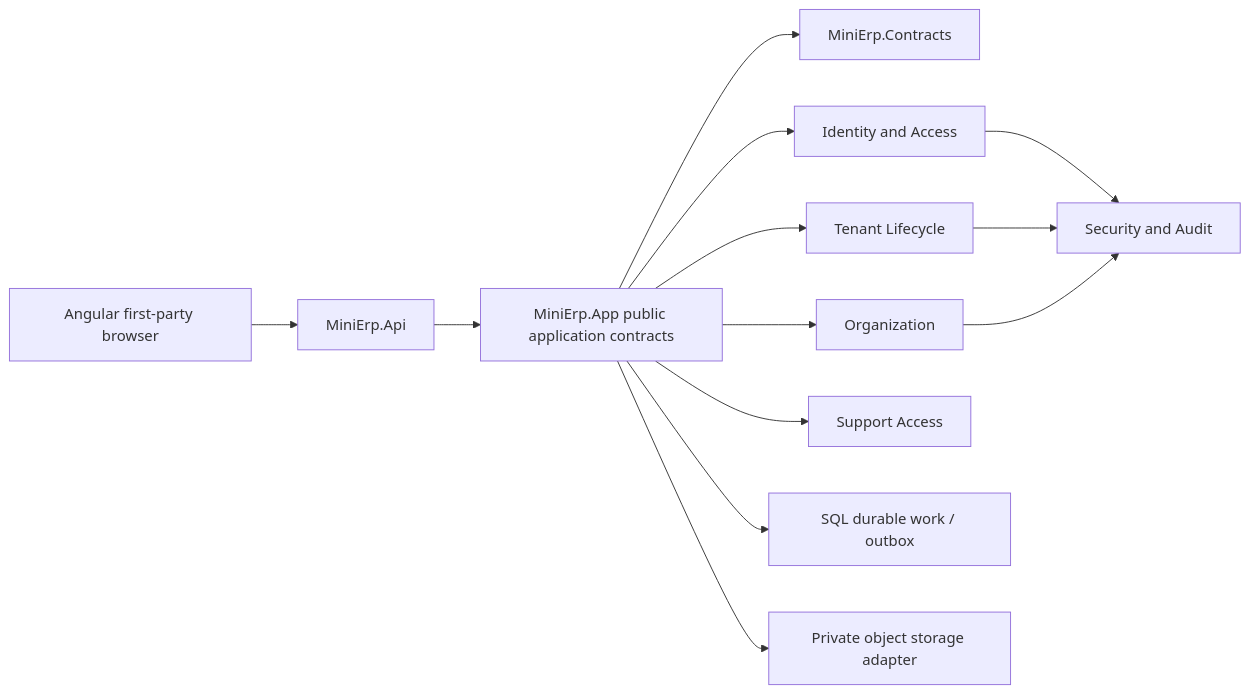
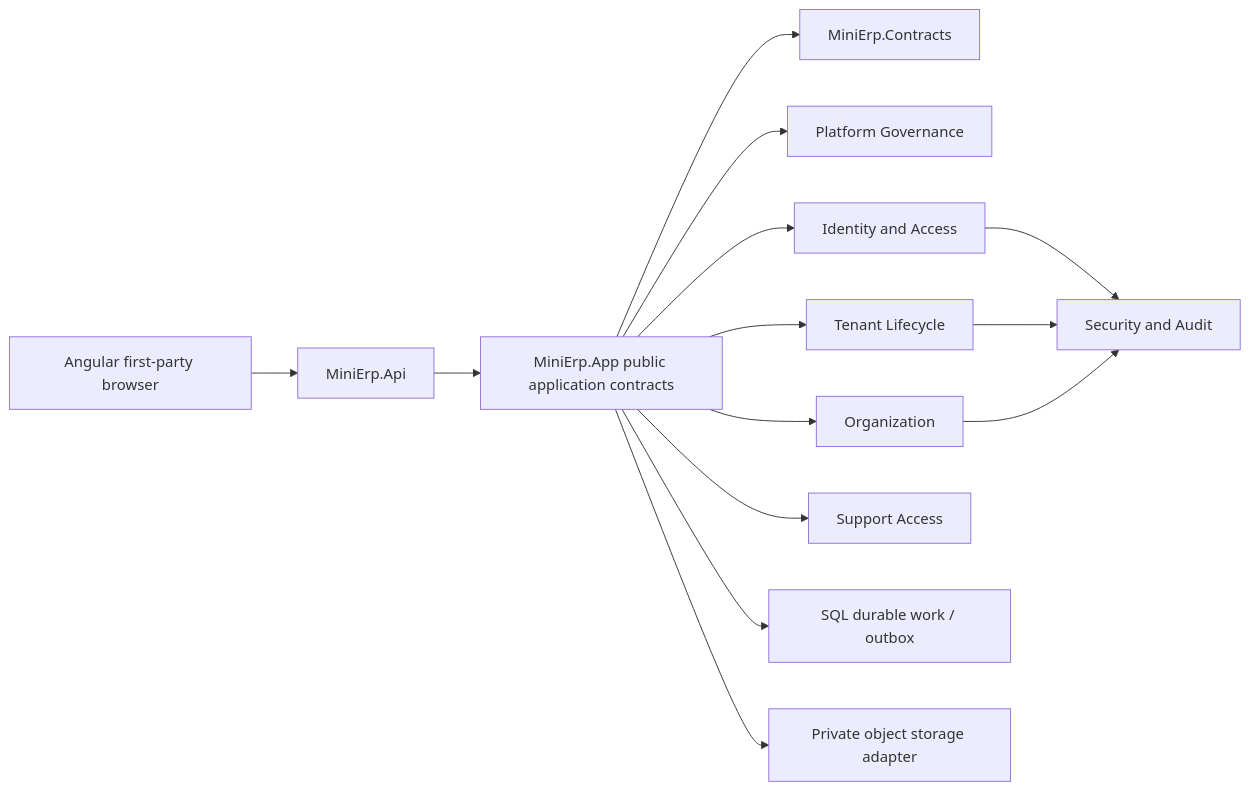
One commit to Hossam1104/mini-erp-saas-platform changed the first of 2 diagrams in docs/15_Foundation_Release_1_Lean_Implementation_Specification.md. Above: the diagram before and after it, drawn with Mermaid. The commit also changed other lines of this file and 1 other file, not shown here.

````diff
--- a/docs/15_Foundation_Release_1_Lean_Implementation_Specification.md
+++ b/docs/15_Foundation_Release_1_Lean_Implementation_Specification.md
@@ -142,15 +146,16 @@
 ```mermaid
 flowchart LR
   Browser["Angular first-party browser"] --> Api["MiniErp.Api"]
   Api --> App["MiniErp.App public application contracts"]
   App --> Contracts["MiniErp.Contracts"]
+  App --> Platform["Platform Governance"]
   App --> Identity["Identity and Access"]
   App --> Tenant["Tenant Lifecycle"]
   App --> Org["Organization"]
   App --> Support["Support Access"]
   Identity --> Audit["Security and Audit"]
   Tenant --> Audit
   Org --> Audit
   App --> Work["SQL durable work / outbox"]
   App --> Files["Private object storage adapter"]
 ```
````
